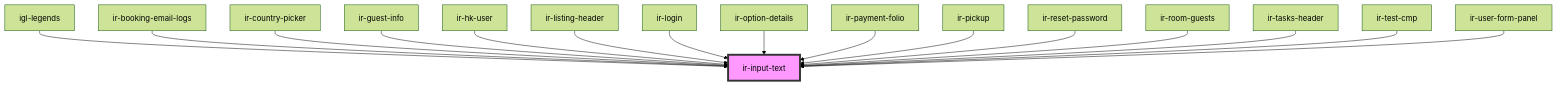
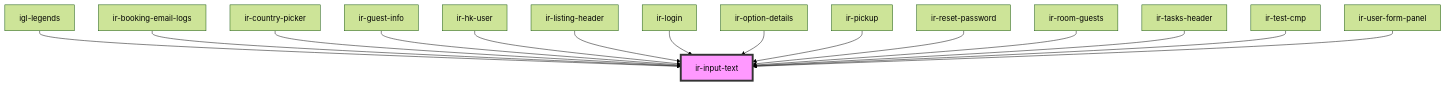
The diagram in src/components/ui/ir-input-text/readme.md (RonyRizk/ir-webcmp), drawn with Mermaid (forest theme) before and after one commit. The commit also changed other lines of this file and 62 other files, not shown here.

````diff
--- a/src/components/ui/ir-input-text/readme.md
+++ b/src/components/ui/ir-input-text/readme.md
@@ -123,19 +122,18 @@
 ```mermaid
 graph TD;
   igl-legends --> ir-input-text
   ir-booking-email-logs --> ir-input-text
   ir-country-picker --> ir-input-text
   ir-guest-info --> ir-input-text
   ir-hk-user --> ir-input-text
   ir-listing-header --> ir-input-text
   ir-login --> ir-input-text
   ir-option-details --> ir-input-text
-  ir-payment-folio --> ir-input-text
   ir-pickup --> ir-input-text
   ir-reset-password --> ir-input-text
   ir-room-guests --> ir-input-text
   ir-tasks-header --> ir-input-text
   ir-test-cmp --> ir-input-text
   ir-user-form-panel --> ir-input-text
   style ir-input-text fill:#f9f,stroke:#333,stroke-width:4px
 ```
````
